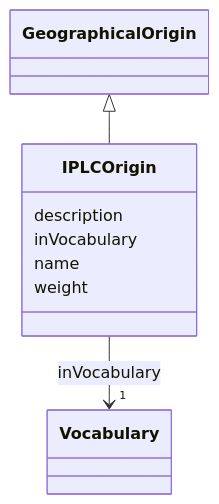
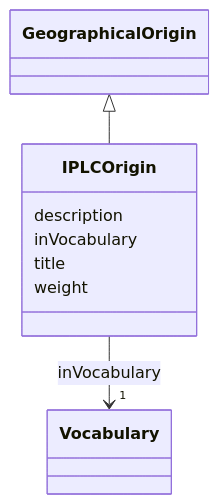
The diagram in models/docs/IPLCOrigin.md (EVORA-project/evora-ontology), drawn with Mermaid before and after one commit. The commit also changed other lines of this file and 435 other files, not shown here.

````diff
--- a/models/docs/IPLCOrigin.md
+++ b/models/docs/IPLCOrigin.md
@@ -19,24 +19,24 @@
 ```mermaid
  classDiagram
     class IPLCOrigin
     click IPLCOrigin href "../IPLCOrigin"
       GeographicalOrigin <|-- IPLCOrigin
         click GeographicalOrigin href "../GeographicalOrigin"
       
       IPLCOrigin : description
         
       IPLCOrigin : inVocabulary
         
           
     
     
     IPLCOrigin --> "1" Vocabulary : inVocabulary
     click Vocabulary href "../Vocabulary"
 
         
-      IPLCOrigin : name
+      IPLCOrigin : title
         
       IPLCOrigin : weight
         
       
 ```
````
